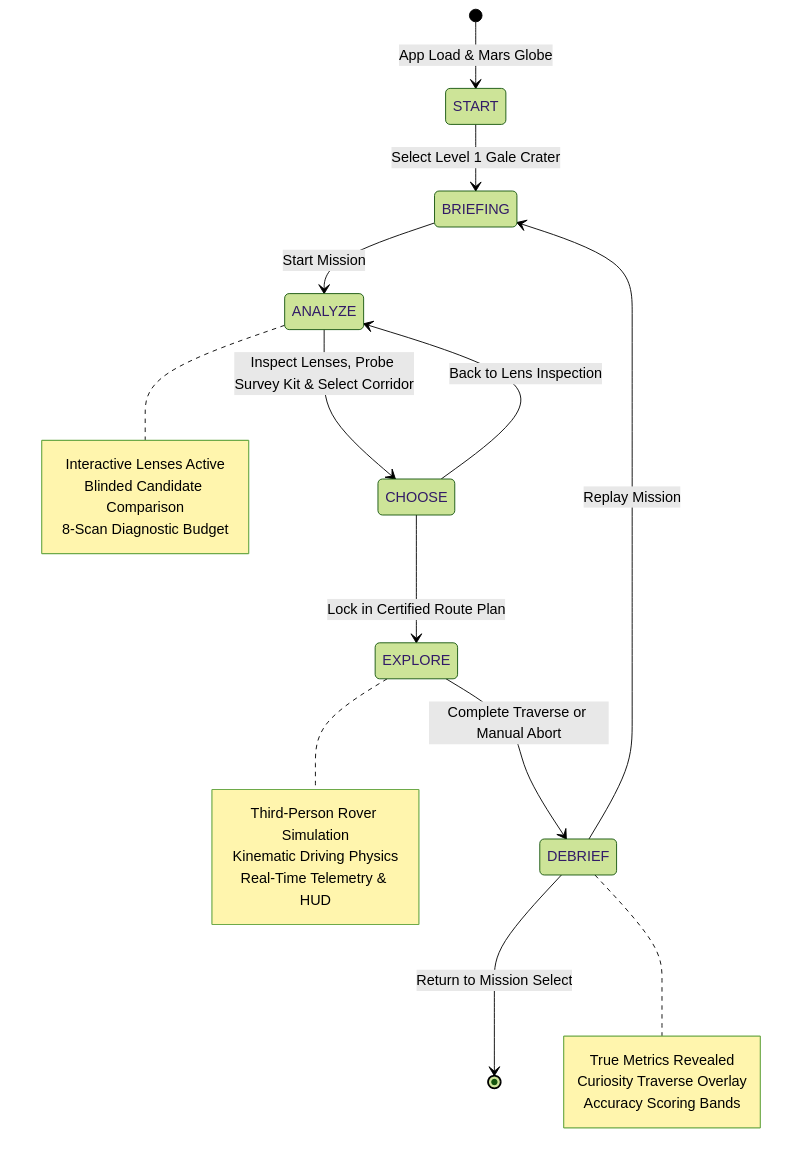
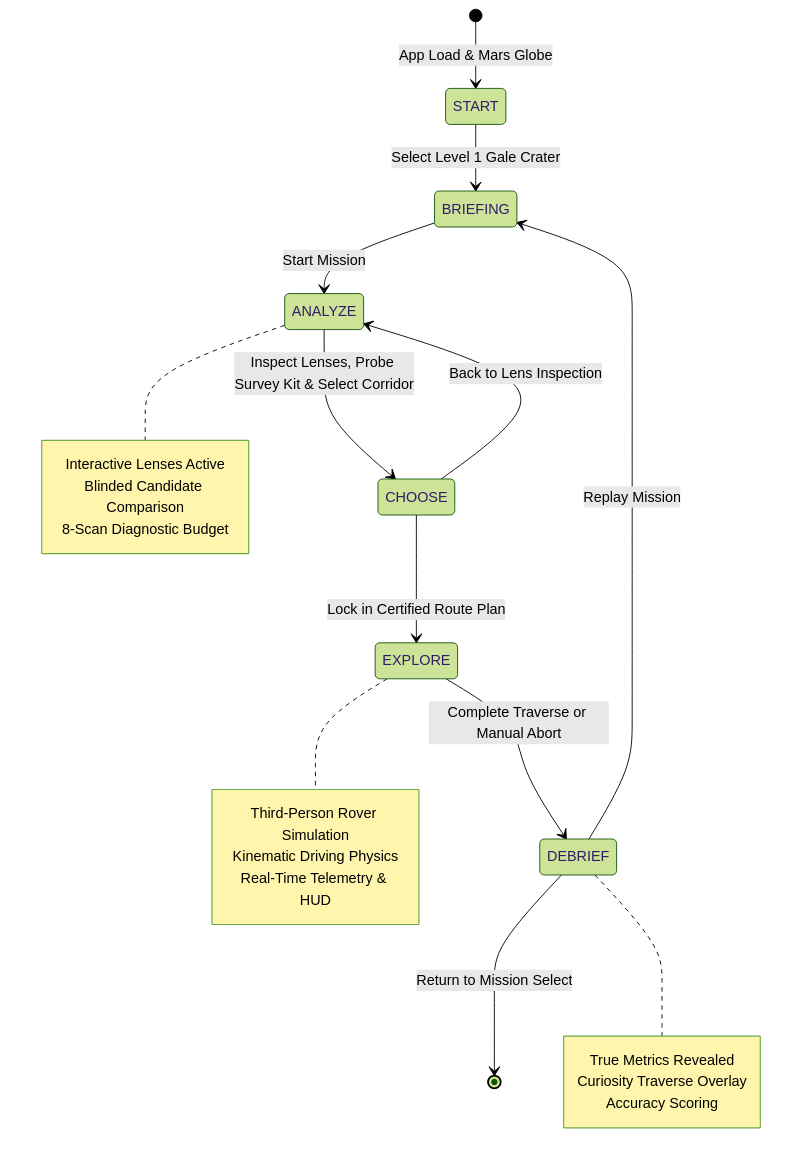
One commit to Erebo/red-quest changed the third of 4 diagrams in README.md. Above: the diagram before and after it, drawn with Mermaid (forest theme). The commit also changed other lines of this file, not shown here.

````diff
--- a/README.md
+++ b/README.md
@@ -334,30 +353,30 @@
 ```mermaid
 stateDiagram-v2
     [*] --> START: App Load & Mars Globe
     START --> BRIEFING: Select Level 1 Gale Crater
     BRIEFING --> ANALYZE: Start Mission
     ANALYZE --> CHOOSE: Inspect Lenses, Probe Survey Kit & Select Corridor
     CHOOSE --> ANALYZE: Back to Lens Inspection
     CHOOSE --> EXPLORE: Lock in Certified Route Plan
     EXPLORE --> DEBRIEF: Complete Traverse or Manual Abort
     DEBRIEF --> BRIEFING: Replay Mission
     DEBRIEF --> [*]: Return to Mission Select
-    
+
     note right of ANALYZE
         Interactive Lenses Active
         Blinded Candidate Comparison
         8-Scan Diagnostic Budget
     end note
-    
+
     note right of EXPLORE
         Third-Person Rover Simulation
         Kinematic Driving Physics
         Real-Time Telemetry & HUD
     end note
-    
+
     note right of DEBRIEF
         True Metrics Revealed
         Curiosity Traverse Overlay
-        Accuracy Scoring Bands
+        Accuracy Scoring
     end note
 ```
````
